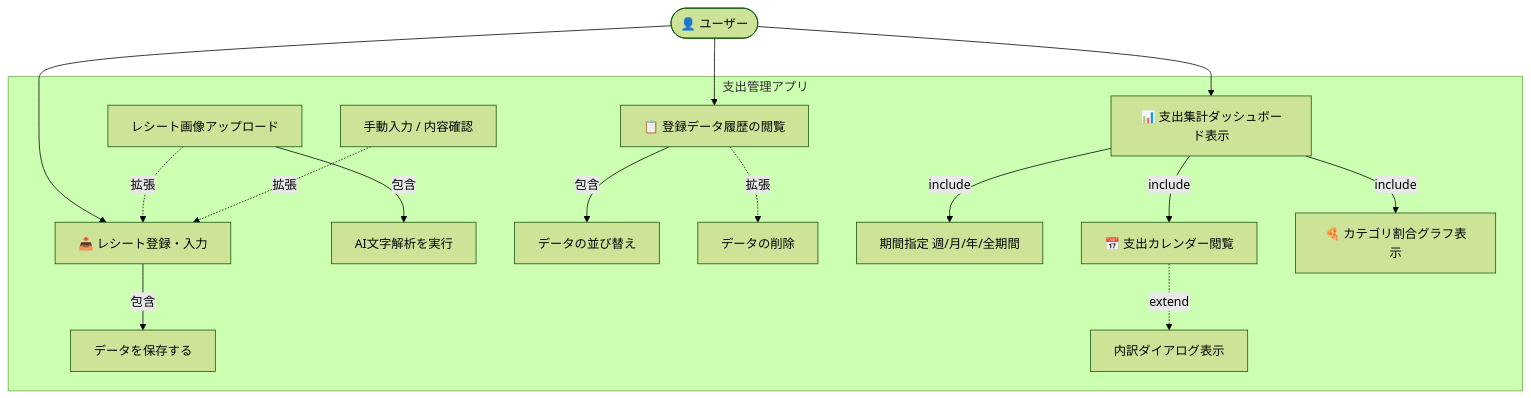
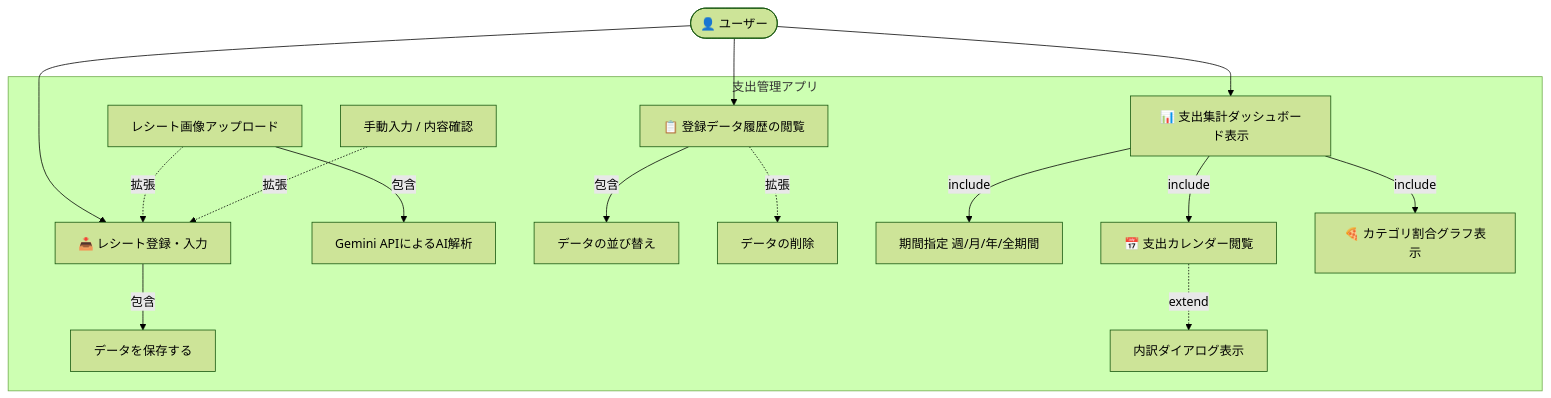
The first of 4 diagrams in receipt_checker/README.md (userT-2213/receipt_checker), drawn with Mermaid (forest theme) before and after one commit. The commit also changed other lines of this file, not shown here.

````diff
--- a/receipt_checker/README.md
+++ b/receipt_checker/README.md
@@ -63,43 +123,43 @@
 ```mermaid
 graph TD
     %% アクターの定義
     ユーザー([👤 ユーザー])
     
     %% ユースケースの定義
     subgraph 支出管理アプリ
         UC_レシート登録[📥 レシート登録・入力]
         UC_画像アップロード[レシート画像アップロード]
-        UC_文字解析[AI文字解析を実行]
+        UC_文字解析[Gemini APIによるAI解析]
         UC_手動修正[手動入力 / 内容確認]
         UC_保存[データを保存する]
         
         UC_履歴閲覧[📋 登録データ履歴の閲覧]
         UC_並び替え[データの並び替え]
         UC_データ削除[データの削除]
         
         UC_ダッシュボード[📊 支出集計ダッシュボード表示]
         UC_期間指定[期間指定 週/月/年/全期間]
         UC_カレンダー閲覧[📅 支出カレンダー閲覧]
         UC_内訳ダイアログ[内訳ダイアログ表示]
         UC_割合グラフ[🍕 カテゴリ割合グラフ表示]
     end
 
     %% アクターとユースケースの関連
     ユーザー --> UC_レシート登録
     ユーザー --> UC_履歴閲覧
     ユーザー --> UC_ダッシュボード
 
     %% 包含 (include) / 拡張 (extend) 関係の定義
     UC_レシート登録 -->|包含| UC_保存
     UC_画像アップロード -.->|拡張| UC_レシート登録
     UC_画像アップロード -->|包含| UC_文字解析
     UC_手動修正 -.->|拡張| UC_レシート登録
     
     UC_履歴閲覧 -->|包含| UC_並び替え
     UC_履歴閲覧 -.->|拡張| UC_データ削除
     
     UC_ダッシュボード -->|include| UC_期間指定
     UC_ダッシュボード -->|include| UC_カレンダー閲覧
     UC_ダッシュボード -->|include| UC_割合グラフ
     UC_カレンダー閲覧 -.->|extend| UC_内訳ダイアログ
 ```
````
